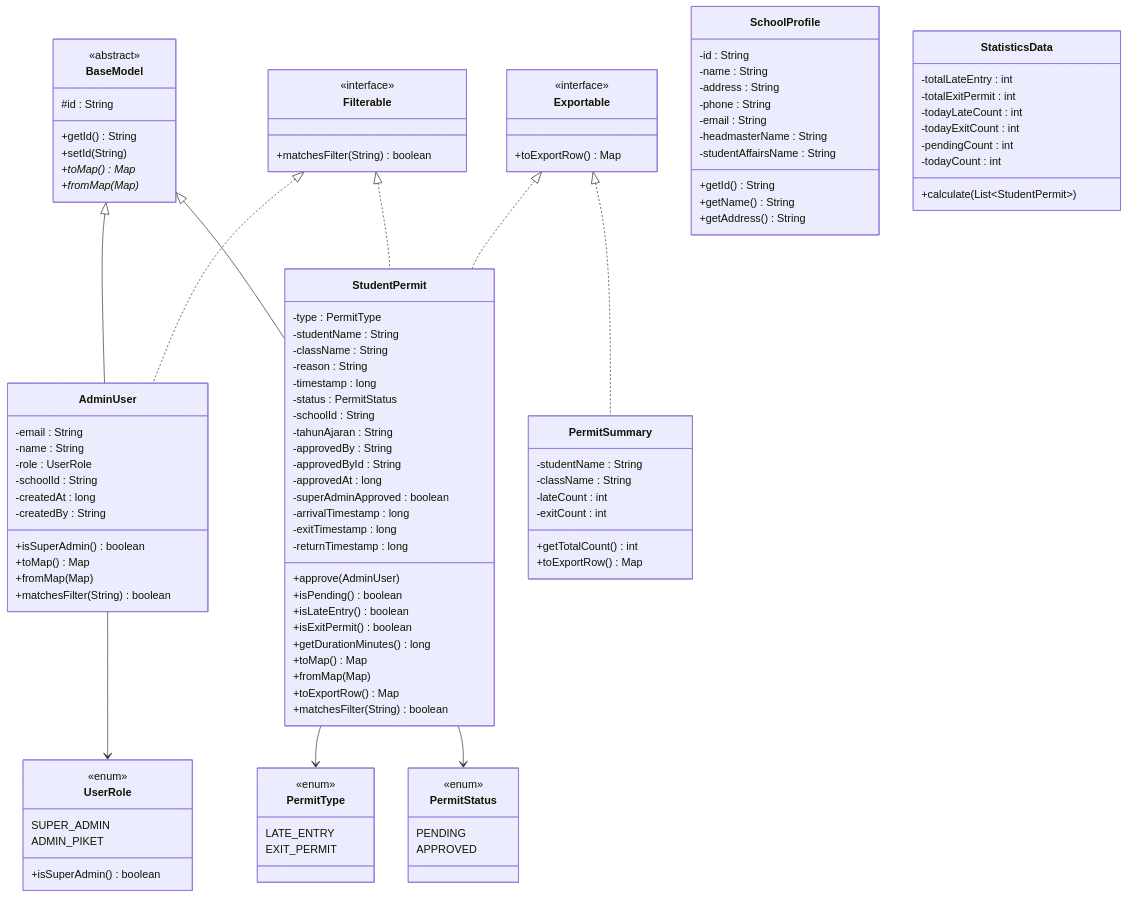
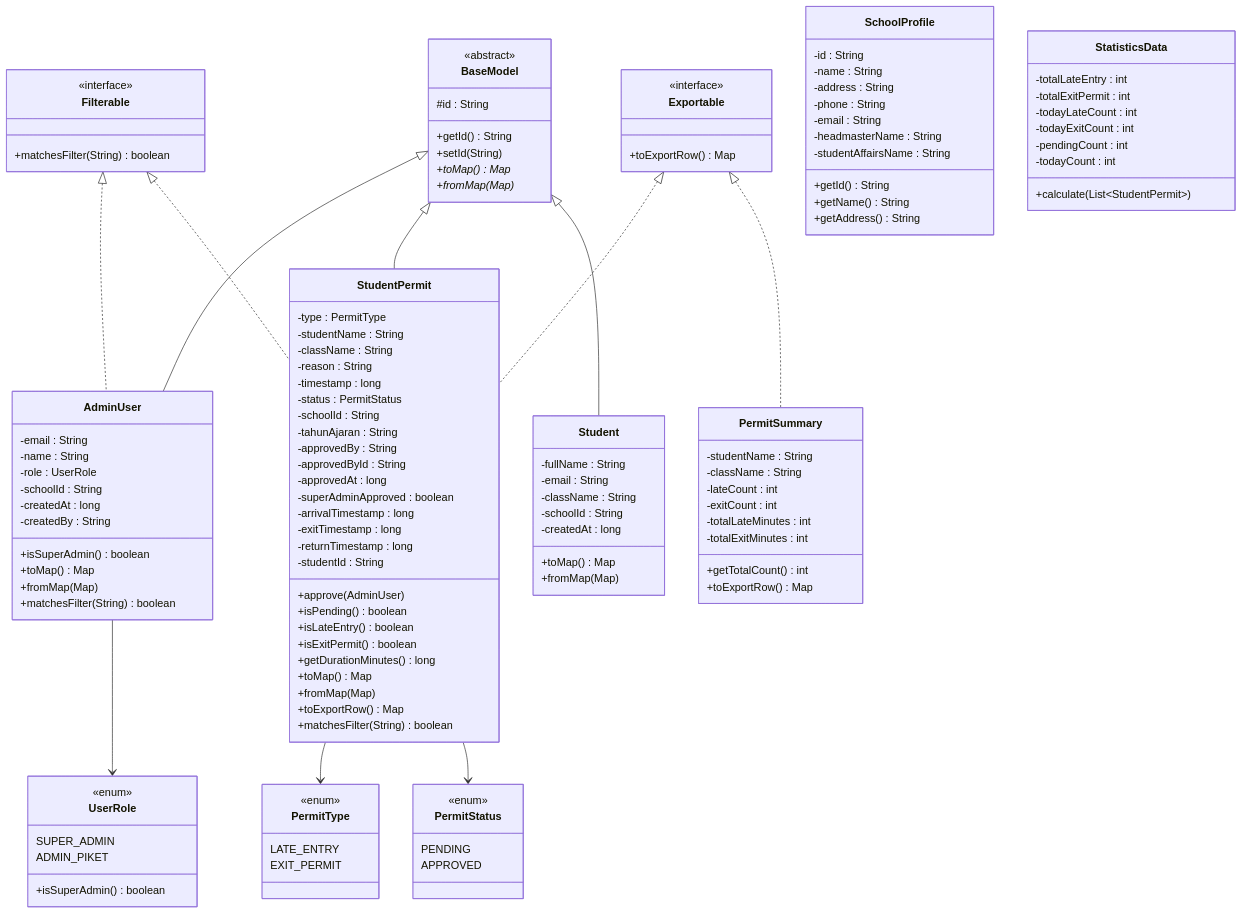
Before and after one commit to Doni354/TubesPBO: the first of 7 diagrams in DOKUMENTASI_PROYEK.md, drawn with Mermaid. The commit also changed other lines of this file and 2 other files, not shown here.

```diff
--- a/DOKUMENTASI_PROYEK.md
+++ b/DOKUMENTASI_PROYEK.md
@@ -116,6 +116,7 @@
         -arrivalTimestamp : long
         -exitTimestamp : long
         -returnTimestamp : long
+        -studentId : String
         +approve(AdminUser)
         +isPending() boolean
         +isLateEntry() boolean
@@ -145,6 +146,8 @@
         -className : String
         -lateCount : int
         -exitCount : int
+        -totalLateMinutes : int
+        -totalExitMinutes : int
         +getTotalCount() int
         +toExportRow() Map
     }
@@ -178,8 +181,19 @@
         +isSuperAdmin() boolean
     }
 
+    class Student {
+        -fullName : String
+        -email : String
+        -className : String
+        -schoolId : String
+        -createdAt : long
+        +toMap() Map
+        +fromMap(Map)
+    }
+
     BaseModel <|-- AdminUser
     BaseModel <|-- StudentPermit
+    BaseModel <|-- Student
     Filterable <|.. AdminUser
     Filterable <|.. StudentPermit
     Exportable <|.. StudentPermit
```
